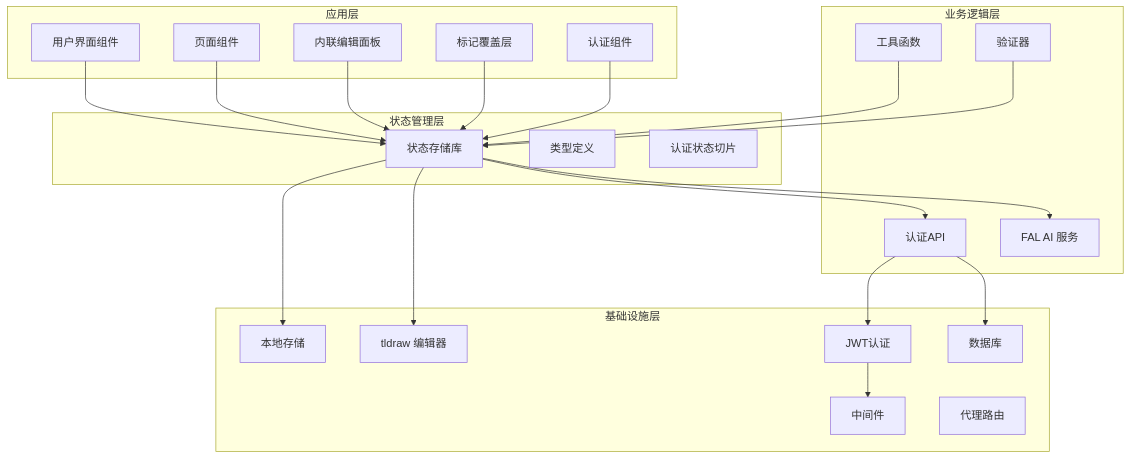
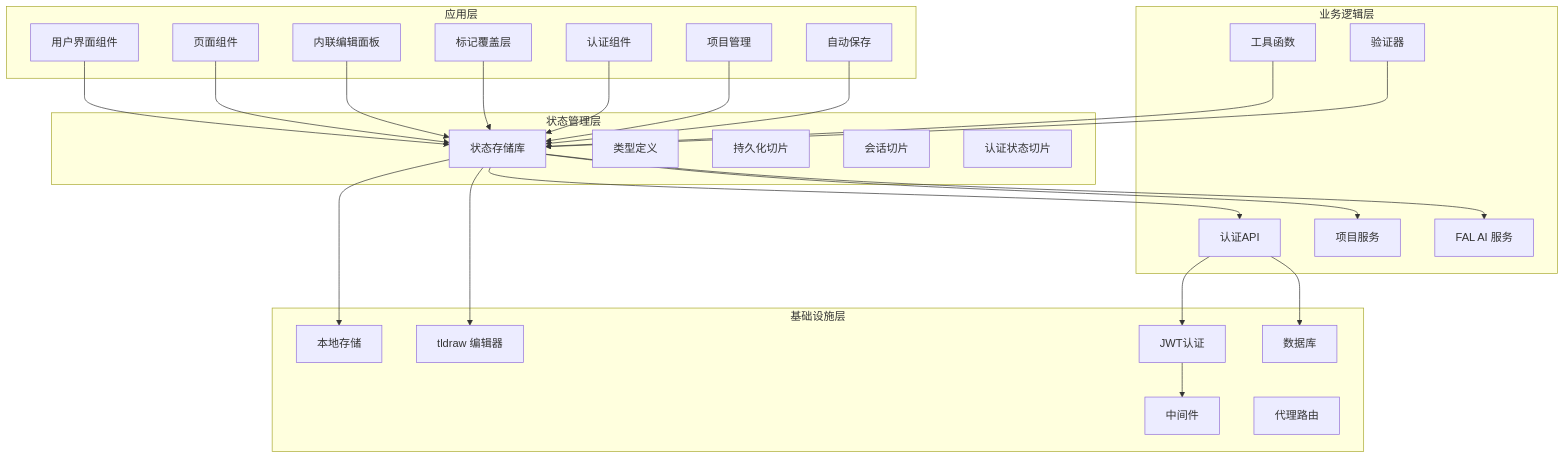
The first of 29 diagrams in .qoder/repowiki/zh/content/状态管理系统.md (billye220670/BananaFlow2), drawn with Mermaid before and after one commit. The commit also changed other lines of this file and 12 other files, not shown here.

First line of the commit message:
fix: shimmer占位图全程覆盖 + 拖入无限循环修复

````diff
--- a/.qoder/repowiki/zh/content/状态管理系统.md
+++ b/.qoder/repowiki/zh/content/状态管理系统.md
@@ -61,43 +64,51 @@
 ```mermaid
 graph TB
 subgraph "应用层"
 UI[用户界面组件]
 Pages[页面组件]
 InlineEdit[内联编辑面板]
 MarkerOverlay[标记覆盖层]
 Auth[认证组件]
+Projects[项目管理]
+AutoSave[自动保存]
 end
 subgraph "状态管理层"
 Store[状态存储库]
 Types[类型定义]
-AuthStore[认证状态切片]
+PersistedSlice[持久化切片]
+SessionSlice[会话切片]
+AuthSlice[认证状态切片]
 end
 subgraph "业务逻辑层"
 AuthAPI[认证API]
+ProjectService[项目服务]
 FAL[FAL AI 服务]
 Utils[工具函数]
 Validation[验证器]
 end
 subgraph "基础设施层"
 Middleware[中间件]
 Proxy[代理路由]
 Storage[本地存储]
 Tldraw[tldraw 编辑器]
 JWT[JWT认证]
 Supabase[数据库]
 end
 UI --> Store
 Pages --> Store
 InlineEdit --> Store
 MarkerOverlay --> Store
 Auth --> Store
+Projects --> Store
+AutoSave --> Store
 Store --> AuthAPI
+Store --> ProjectService
 Store --> FAL
 Store --> Storage
 Store --> Tldraw
 AuthAPI --> JWT
 AuthAPI --> Supabase
 JWT --> Middleware
 Utils --> Store
 Validation --> Store
 ```
````
